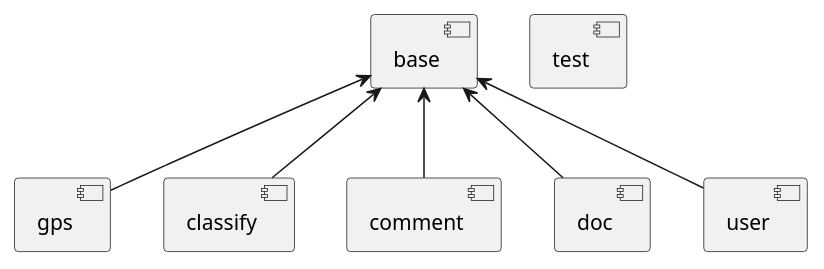
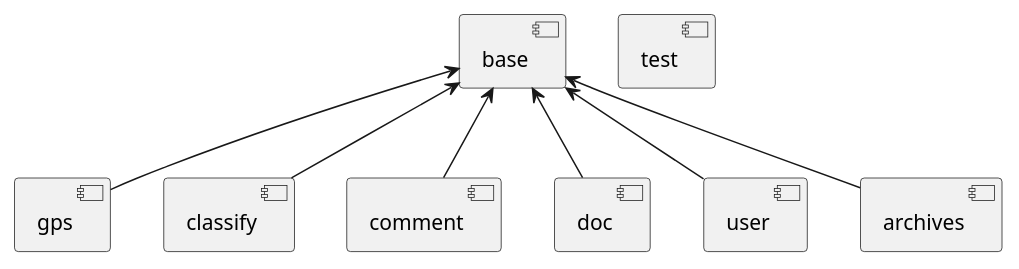
The diagram in doc/module.puml (wangscript007/ranch), drawn with PlantUML before and after one commit. The commit also changed 1 other file, not shown here.

```diff
--- a/doc/module.puml
+++ b/doc/module.puml
@@ -1,10 +1,11 @@
 @startuml
 
 [base] <-- [gps]
 [base] <-- [classify]
 [base] <-- [comment]
 [base] <-- [doc]
 [base] <-- [user]
+[base] <-- [archives]
 [test]
 
 @enduml
```
